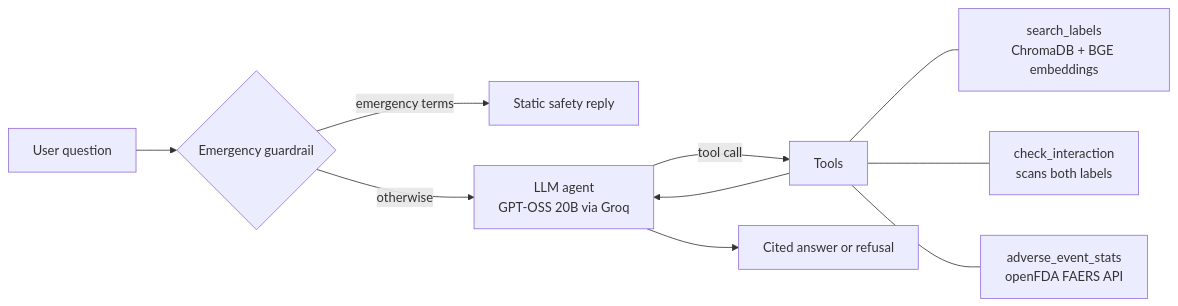
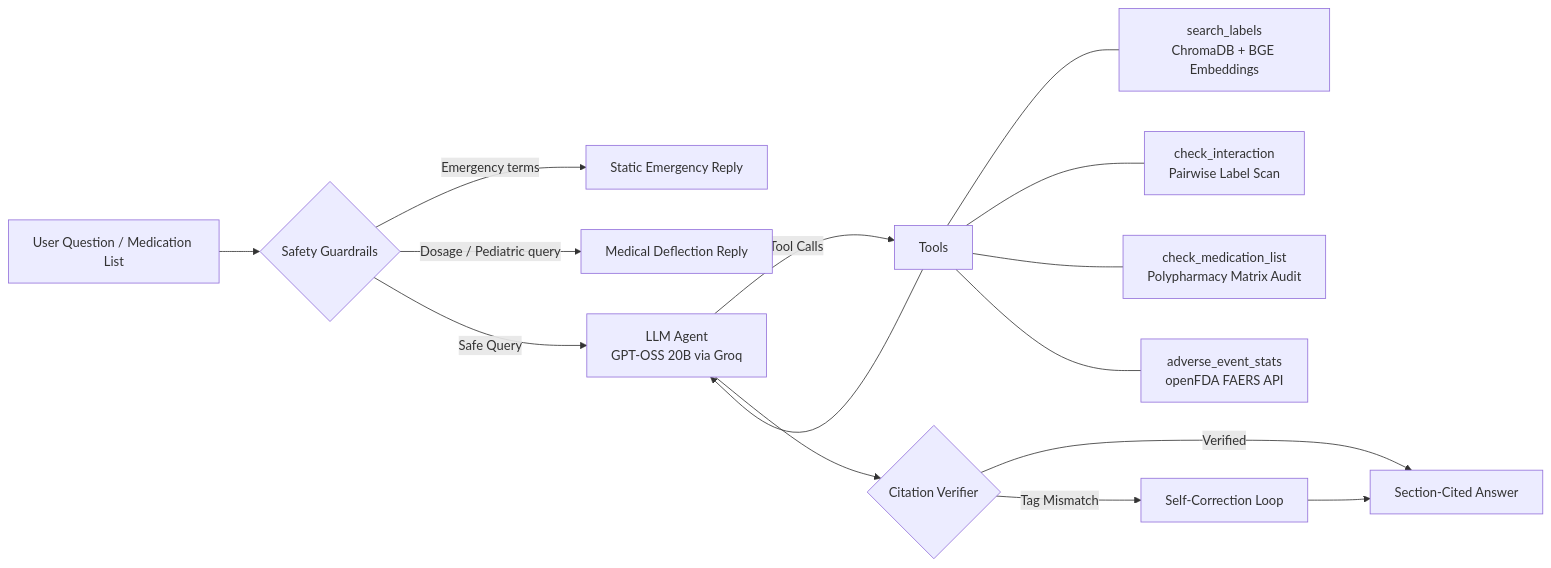
Before and after one commit to Tripathijii147/druginfo-agent: the diagram in README.md, drawn with Mermaid. The commit also changed other lines of this file and 10 other files, not shown here.

Commit message:
feat(polypharmacy): add multi-drug matrix audit, Indian brand mapping, photo scanner, PRODUCTION.md and load benchmarks

````diff
--- a/README.md
+++ b/README.md
@@ -11,12 +33,17 @@
 ```mermaid
 flowchart LR
-    U[User question] --> G{Emergency guardrail}
-    G -- emergency terms --> E[Static safety reply]
-    G -- otherwise --> A[LLM agent<br/>GPT-OSS 20B via Groq]
-    A -- tool call --> T[Tools]
+    U[User Question / Medication List] --> G{Safety Guardrails}
+    G -- Emergency terms --> E[Static Emergency Reply]
+    G -- Dosage / Pediatric query --> D[Medical Deflection Reply]
+    G -- Safe Query --> A[LLM Agent<br/>GPT-OSS 20B via Groq]
+    A -- Tool Calls --> T[Tools]
     T --> A
-    A --> R[Cited answer or refusal]
-    T --- S[search_labels<br/>ChromaDB + BGE embeddings]
-    T --- I[check_interaction<br/>scans both labels]
+    A --> V{Citation Verifier}
+    V -- Verified --> R[Section-Cited Answer]
+    V -- Tag Mismatch --> C[Self-Correction Loop]
+    C --> R
+    T --- S[search_labels<br/>ChromaDB + BGE Embeddings]
+    T --- I[check_interaction<br/>Pairwise Label Scan]
+    T --- M[check_medication_list<br/>Polypharmacy Matrix Audit]
     T --- F[adverse_event_stats<br/>openFDA FAERS API]
 ```
````
